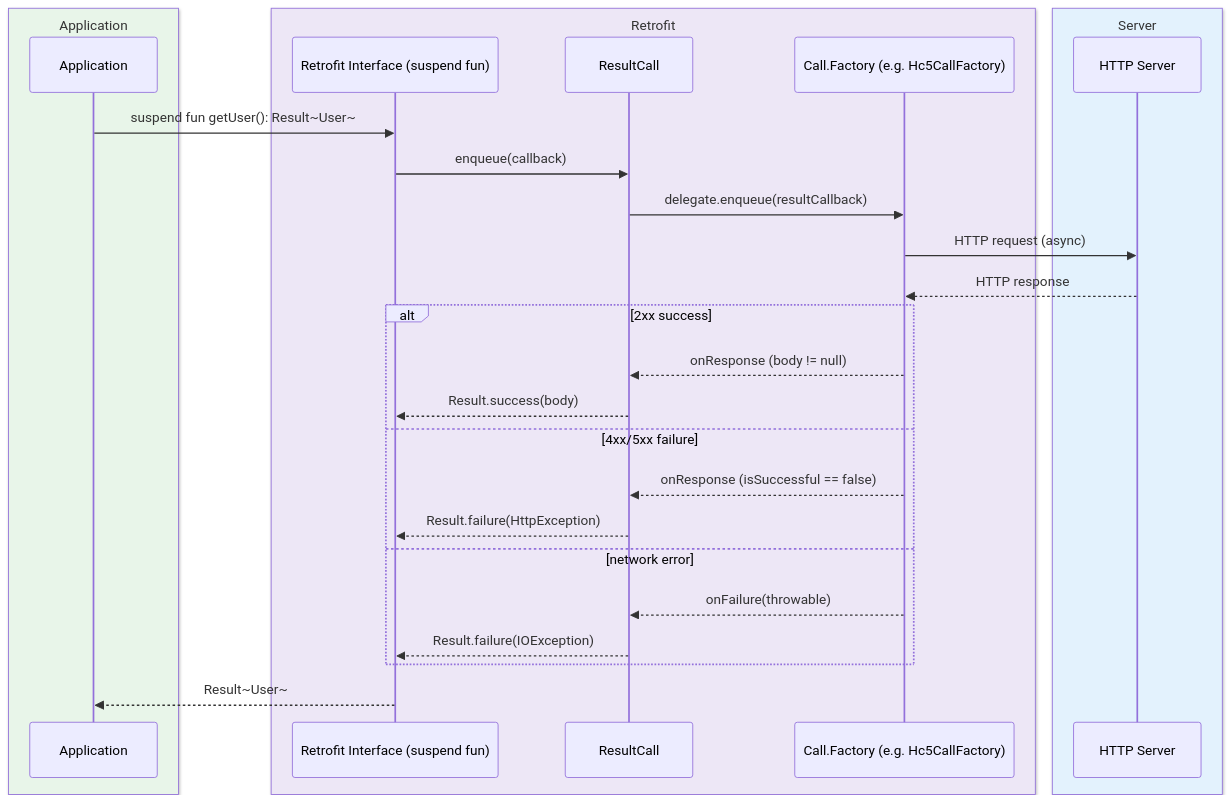
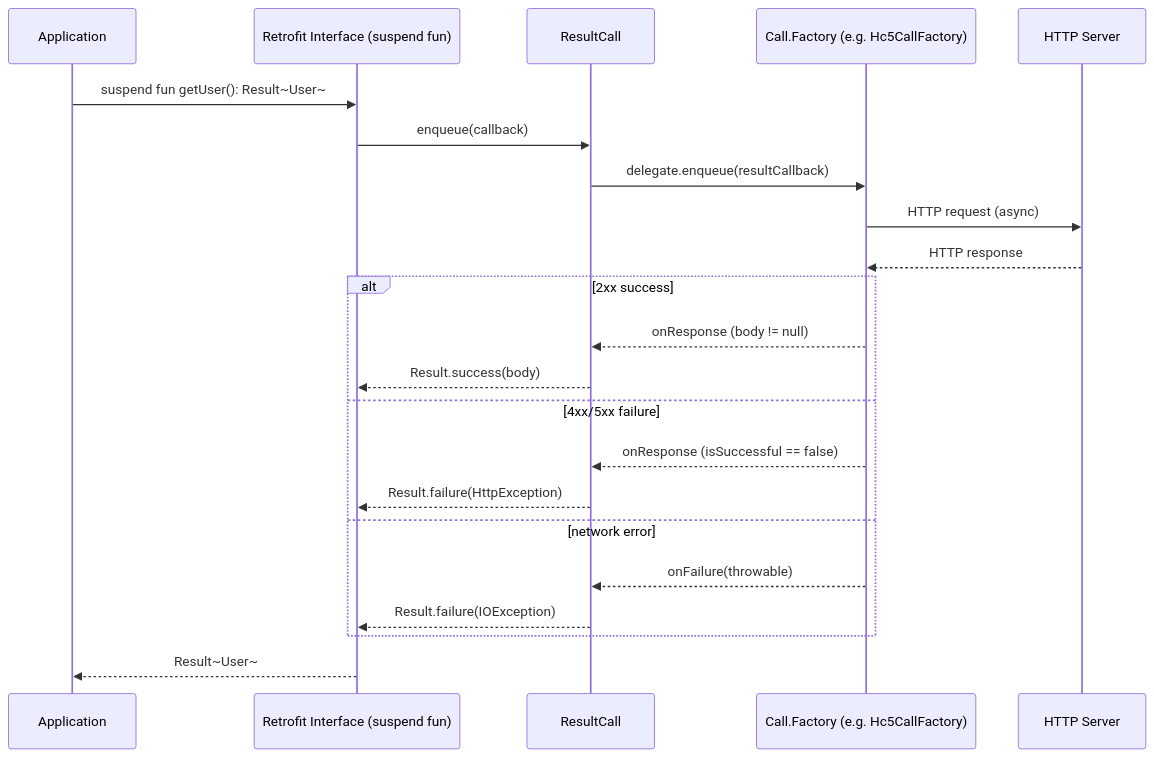
The third of 3 diagrams in io/retrofit2/README.md (bluetape4k/bluetape4k-projects), drawn with Mermaid before and after one commit. The commit also changed other lines of this file and 219 other files, not shown here.

First line of the commit message:
docs: 전체 README Mermaid 다이어그램 가이드 적용

````diff
--- a/io/retrofit2/README.md
+++ b/io/retrofit2/README.md
@@ -125,31 +125,25 @@
 ```mermaid
 sequenceDiagram
-    box rgb(232, 245, 233) Application
         participant App as Application
-    end
-    box rgb(237, 231, 246) Retrofit
         participant API as Retrofit Interface (suspend fun)
         participant RC as ResultCall
         participant CF as Call.Factory (e.g. Hc5CallFactory)
-    end
-    box rgb(227, 242, 253) Server
         participant Server as HTTP Server
-    end
 
     App->>API: suspend fun getUser(): Result~User~
     API->>RC: enqueue(callback)
     RC->>CF: delegate.enqueue(resultCallback)
     CF->>Server: HTTP request (async)
     Server-->>CF: HTTP response
     alt 2xx success
         CF-->>RC: onResponse (body != null)
         RC-->>API: Result.success(body)
     else 4xx/5xx failure
         CF-->>RC: onResponse (isSuccessful == false)
         RC-->>API: Result.failure(HttpException)
     else network error
         CF-->>RC: onFailure(throwable)
         RC-->>API: Result.failure(IOException)
     end
     API-->>App: Result~User~
 ```
````
